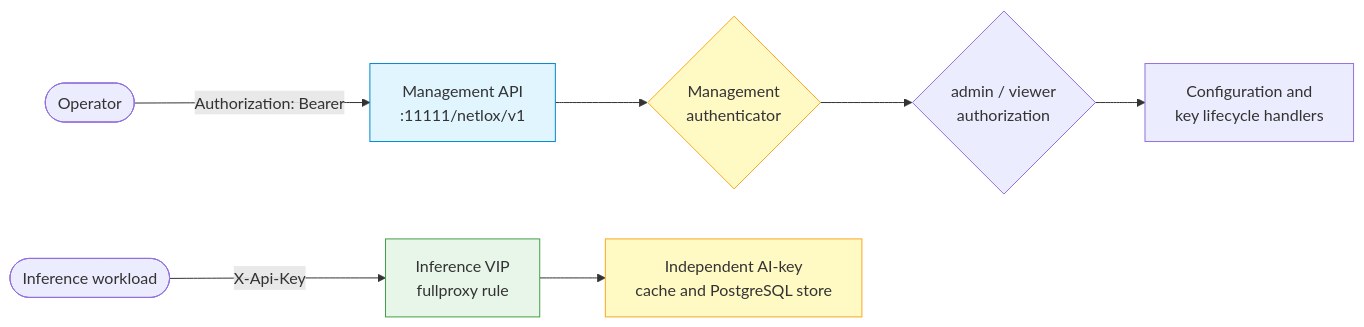
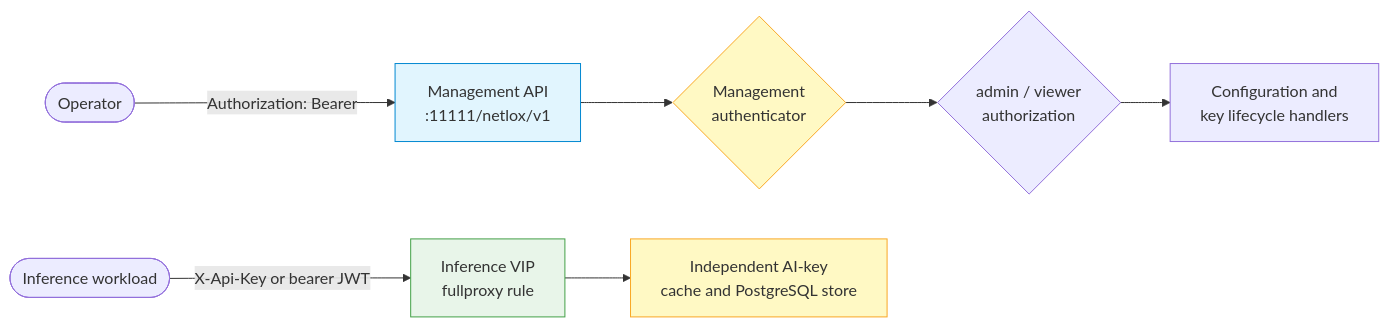
Before and after one commit to loxilb-io/loxilbdocs-inference-gateway: the first of 2 diagrams in docs/security/management-api-authentication.md, drawn with Mermaid. The commit also changed other lines of this file and 40 other files, not shown here.

````diff
--- a/docs/security/management-api-authentication.md
+++ b/docs/security/management-api-authentication.md
@@ -15,14 +15,14 @@
 ```mermaid
 flowchart LR
     OP([Operator]) -->|Authorization: Bearer| MGMT["Management API<br/>:11111/netlox/v1"]
-    APP([Inference workload]) -->|X-Api-Key| VIP["Inference VIP<br/>fullproxy rule"]
+    APP([Inference workload]) -->|X-Api-Key or bearer JWT| VIP["Inference VIP<br/>fullproxy rule"]
     MGMT --> AUTH{"Management<br/>authenticator"}
     AUTH --> RBAC{"admin / viewer<br/>authorization"}
     RBAC --> CFG["Configuration and<br/>key lifecycle handlers"]
     VIP --> KEY["Independent AI-key<br/>cache and PostgreSQL store"]
 
     style MGMT fill:#e1f5fe,stroke:#0288d1
     style VIP fill:#e8f5e9,stroke:#43a047
     style AUTH fill:#fff9c4,stroke:#f9a825
     style KEY fill:#fff9c4,stroke:#f9a825
 ```
````
